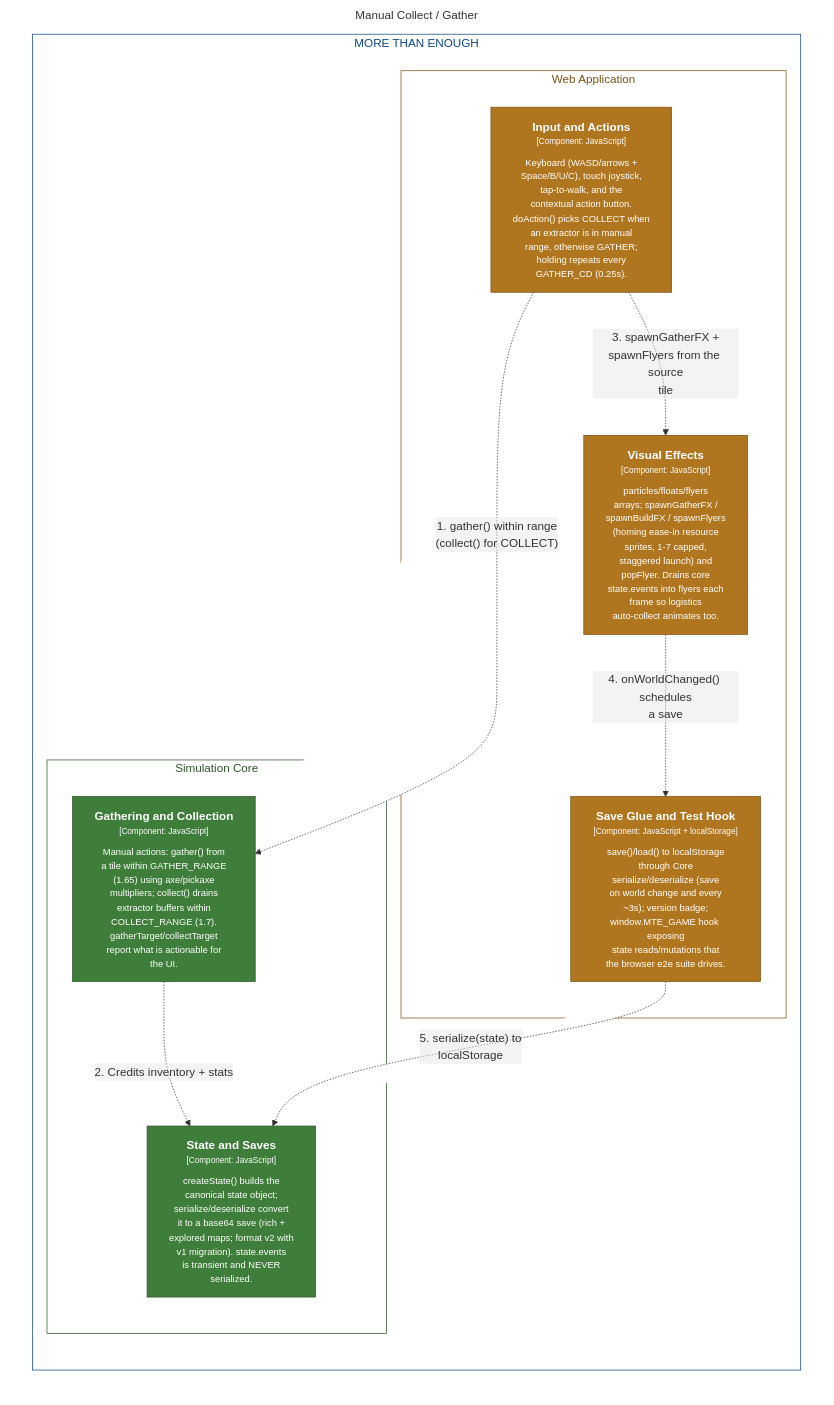
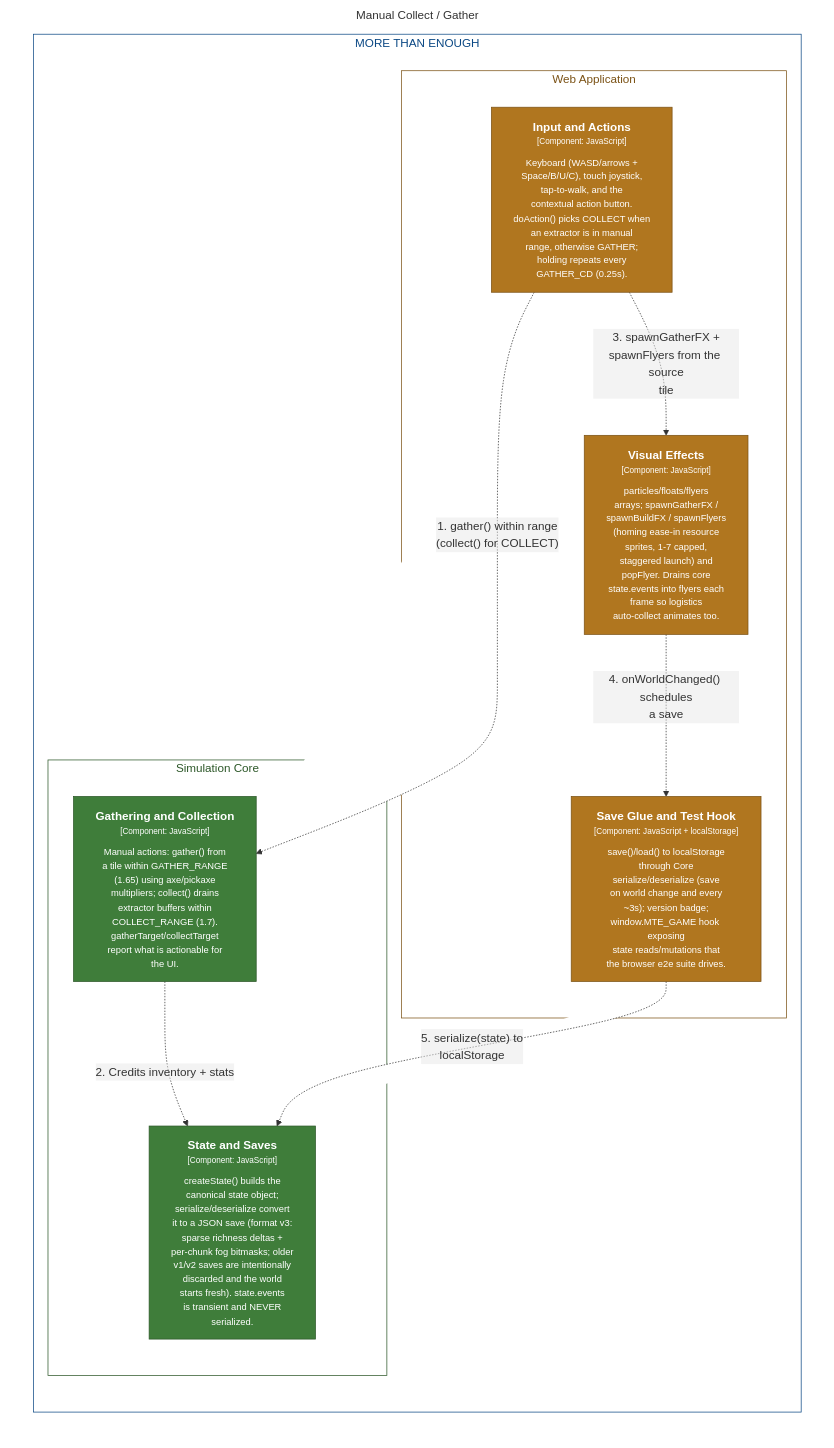
One commit to bitkojine/more-than-enough changed the diagram in structurizr/diagrams/CollectFlow.mmd. Above: the diagram before and after it, drawn with Mermaid. The commit also changed 20 other files, not shown here.

First line of the commit message:
v0.10.0: infinite procedural world — no edge, no wall (save format v3)

```diff
--- a/structurizr/diagrams/CollectFlow.mmd
+++ b/structurizr/diagrams/CollectFlow.mmd
@@ -1,39 +1,39 @@
 %% Generated from structurizr/workspace.dsl — do not edit; run: node structurizr/scripts/structurizr.mjs mermaid
 graph LR
   linkStyle default fill:#ffffff
 
   subgraph diagram ["Manual Collect / Gather"]
     style diagram fill:#ffffff,stroke:#ffffff
 
     subgraph 3 ["MORE THAN ENOUGH"]
       style 3 fill:#ffffff,stroke:#0b4884,color:#0b4884
 
       subgraph 11 ["Simulation Core"]
         style 11 fill:#ffffff,stroke:#2c5728,color:#2c5728
 
-        13["<div style='font-weight: bold'>State and Saves</div><div style='font-size: 70%; margin-top: 0px'>[Component: JavaScript]</div><div style='font-size: 80%; margin-top:10px'>createState() builds the<br />canonical state object;<br />serialize/deserialize convert<br />it to a base64 save (rich +<br />explored maps; format v2 with<br />v1 migration). state.events<br />is transient and NEVER<br />serialized.</div>"]
+        13["<div style='font-weight: bold'>State and Saves</div><div style='font-size: 70%; margin-top: 0px'>[Component: JavaScript]</div><div style='font-size: 80%; margin-top:10px'>createState() builds the<br />canonical state object;<br />serialize/deserialize convert<br />it to a JSON save (format v3:<br />sparse richness deltas +<br />per-chunk fog bitmasks; older<br />v1/v2 saves are intentionally<br />discarded and the world<br />starts fresh). state.events<br />is transient and NEVER<br />serialized.</div>"]
         style 13 fill:#3f7d3a,stroke:#2c5728,color:#ffffff
         15["<div style='font-weight: bold'>Gathering and Collection</div><div style='font-size: 70%; margin-top: 0px'>[Component: JavaScript]</div><div style='font-size: 80%; margin-top:10px'>Manual actions: gather() from<br />a tile within GATHER_RANGE<br />(1.65) using axe/pickaxe<br />multipliers; collect() drains<br />extractor buffers within<br />COLLECT_RANGE (1.7).<br />gatherTarget/collectTarget<br />report what is actionable for<br />the UI.</div>"]
         style 15 fill:#3f7d3a,stroke:#2c5728,color:#ffffff
       end
 
       subgraph 4 ["Web Application"]
         style 4 fill:#ffffff,stroke:#7b5215,color:#7b5215
 
         10["<div style='font-weight: bold'>Save Glue and Test Hook</div><div style='font-size: 70%; margin-top: 0px'>[Component: JavaScript + localStorage]</div><div style='font-size: 80%; margin-top:10px'>save()/load() to localStorage<br />through Core<br />serialize/deserialize (save<br />on world change and every<br />~3s); version badge;<br />window.MTE_GAME hook exposing<br />state reads/mutations that<br />the browser e2e suite drives.</div>"]
         style 10 fill:#b0761f,stroke:#7b5215,color:#ffffff
         5["<div style='font-weight: bold'>Input and Actions</div><div style='font-size: 70%; margin-top: 0px'>[Component: JavaScript]</div><div style='font-size: 80%; margin-top:10px'>Keyboard (WASD/arrows +<br />Space/B/U/C), touch joystick,<br />tap-to-walk, and the<br />contextual action button.<br />doAction() picks COLLECT when<br />an extractor is in manual<br />range, otherwise GATHER;<br />holding repeats every<br />GATHER_CD (0.25s).</div>"]
         style 5 fill:#b0761f,stroke:#7b5215,color:#ffffff
         7["<div style='font-weight: bold'>Visual Effects</div><div style='font-size: 70%; margin-top: 0px'>[Component: JavaScript]</div><div style='font-size: 80%; margin-top:10px'>particles/floats/flyers<br />arrays; spawnGatherFX /<br />spawnBuildFX / spawnFlyers<br />(homing ease-in resource<br />sprites, 1-7 capped,<br />staggered launch) and<br />popFlyer. Drains core<br />state.events into flyers each<br />frame so logistics<br />auto-collect animates too.</div>"]
         style 7 fill:#b0761f,stroke:#7b5215,color:#ffffff
       end
 
     end
 
     5-. "<div>1. gather() within range<br />(collect() for COLLECT)</div><div style='font-size: 70%'></div>" .->15
     15-. "<div>2. Credits inventory + stats</div><div style='font-size: 70%'></div>" .->13
     5-. "<div>3. spawnGatherFX +<br />spawnFlyers from the source<br />tile</div><div style='font-size: 70%'></div>" .->7
     7-. "<div>4. onWorldChanged() schedules<br />a save</div><div style='font-size: 70%'></div>" .->10
     10-. "<div>5. serialize(state) to<br />localStorage</div><div style='font-size: 70%'></div>" .->13
 
   end
```
